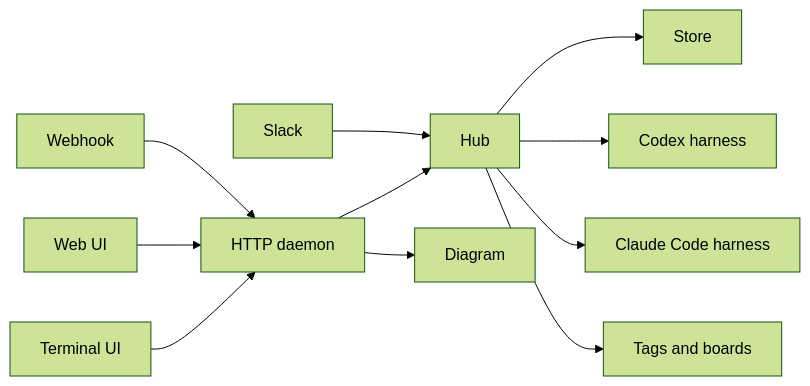
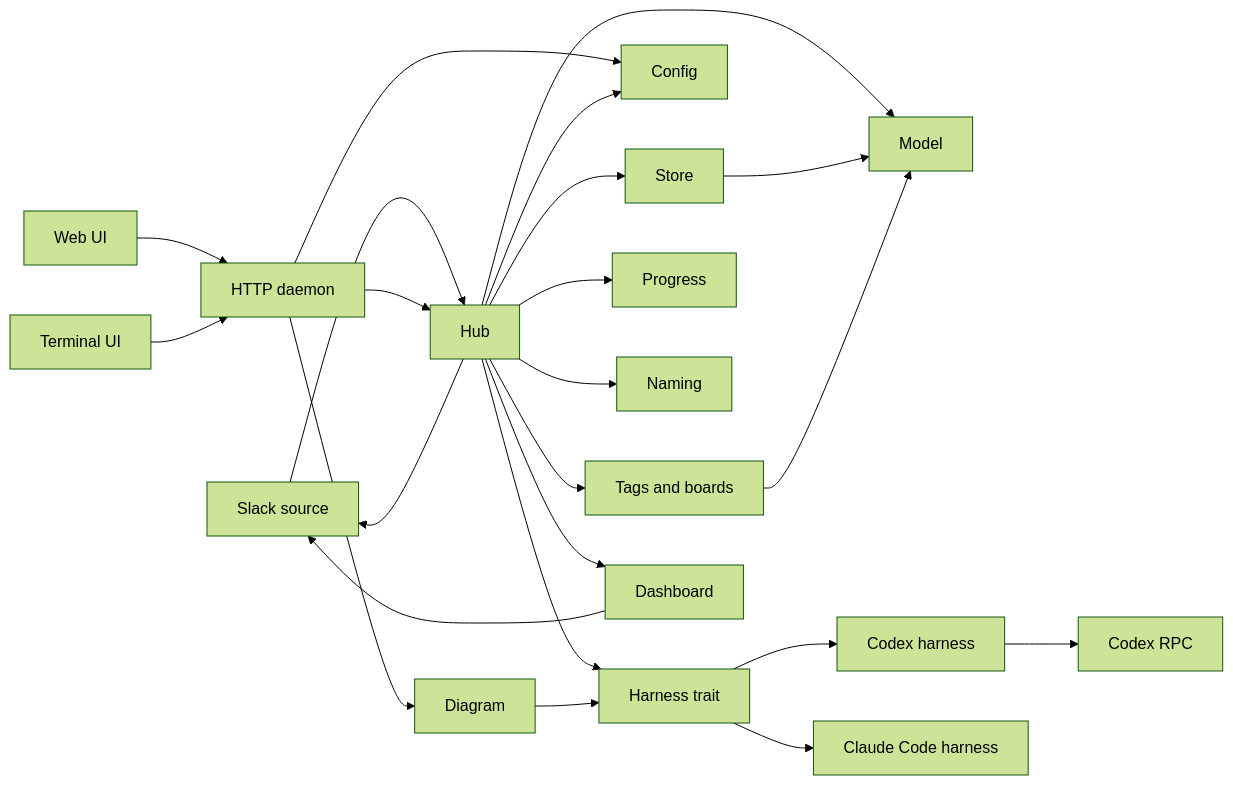
One commit to RohanAdwankar/oxroute changed the diagram in docs/architecture.mmd. Above: the diagram before and after it, drawn with Mermaid (forest theme).

Commit message:
Draw the rest of the architecture
The diagram named eleven things and left out the parts a person asks about
most: what a signal and an agent actually are, where settings come from,
what the harness trait is that Codex and Claude Code both satisfy, and the
pieces that turn a running turn into something readable -- progress,
naming, the dashboard.

Seventeen boxes now, each with the file it lives in, so a question about
any of them opens the code that answers it.

```diff
--- a/docs/architecture.mmd
+++ b/docs/architecture.mmd
@@ -1,35 +1,59 @@
 graph LR
-    slack[Slack]
-    webhook[Webhook]
+    slack[Slack source]
+    daemon[HTTP daemon]
     hub[Hub]
     store[Store]
+    model[Model]
+    config[Config]
+    harness[Harness trait]
     codex[Codex harness]
     claude[Claude Code harness]
-    daemon[HTTP daemon]
+    rpc[Codex RPC]
+    progress[Progress]
+    naming[Naming]
+    tags[Tags and boards]
+    diagram[Diagram]
+    dashboard[Dashboard]
     web[Web UI]
     tui[Terminal UI]
-    tags[Tags and boards]
-    diagram[Diagram]
 
     slack --> hub
-    webhook --> daemon
     web --> daemon
     tui --> daemon
     daemon --> hub
     daemon --> diagram
+    daemon --> config
     hub --> store
-    hub --> codex
-    hub --> claude
+    hub --> harness
     hub --> tags
+    hub --> progress
+    hub --> naming
+    hub --> dashboard
+    hub --> model
+    hub --> config
+    hub --> slack
+    harness --> codex
+    harness --> claude
+    codex --> rpc
+    store --> model
+    tags --> model
+    dashboard --> slack
+    diagram --> harness
 
 %% OXDRAW CODE slack crates/oxroute-core/src/source/slack.rs
-%% OXDRAW CODE webhook crates/oxroute-daemon/src/main.rs def:ingest
+%% OXDRAW CODE daemon crates/oxroute-daemon/src/main.rs def:ingest
 %% OXDRAW CODE hub crates/oxroute-core/src/hub.rs def:Hub
 %% OXDRAW CODE store crates/oxroute-core/src/store.rs def:Store
+%% OXDRAW CODE model crates/oxroute-core/src/model.rs def:Signal
+%% OXDRAW CODE config crates/oxroute-core/src/config.rs def:Config
+%% OXDRAW CODE harness crates/oxroute-core/src/agent/mod.rs def:Harness
 %% OXDRAW CODE codex crates/oxroute-core/src/agent/codex.rs
 %% OXDRAW CODE claude crates/oxroute-core/src/agent/claude.rs
-%% OXDRAW CODE daemon crates/oxroute-daemon/src/main.rs
+%% OXDRAW CODE rpc crates/oxroute-core/src/rpc.rs
+%% OXDRAW CODE progress crates/oxroute-core/src/progress.rs
+%% OXDRAW CODE naming crates/oxroute-core/src/naming.rs
+%% OXDRAW CODE tags crates/oxroute-core/src/tags.rs def:arrange
+%% OXDRAW CODE diagram crates/oxroute-daemon/src/diagram.rs
+%% OXDRAW CODE dashboard crates/oxroute-core/src/dashboard.rs
 %% OXDRAW CODE web app/page.tsx
 %% OXDRAW CODE tui crates/oxroute-tui/src/main.rs
-%% OXDRAW CODE tags crates/oxroute-core/src/tags.rs def:arrange
-%% OXDRAW CODE diagram crates/oxroute-daemon/src/diagram.rs
```
